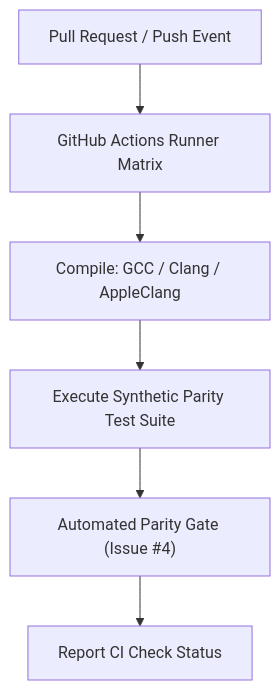
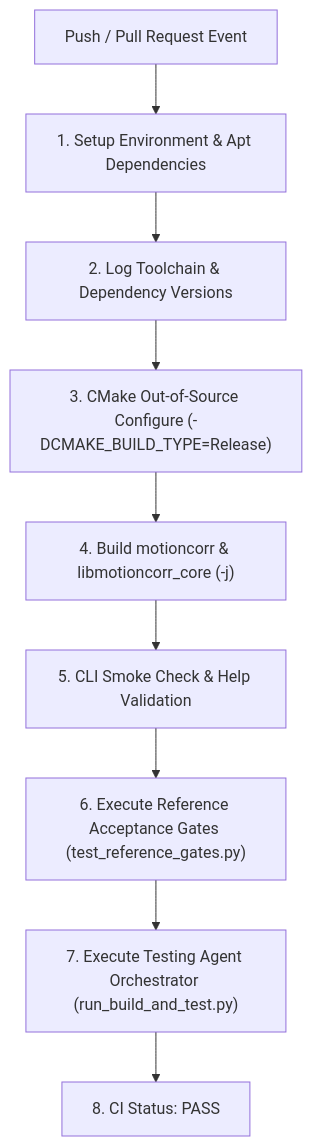
The diagram in agents/designs/issue_5_design.md (KingAlejandro/MotionCorr-standalone), drawn with Mermaid before and after one commit. The commit also changed other lines of this file and 2 other files, not shown here.

First line of the commit message:
feat(ci): add Linux CI workflow with matrix builds, toolchain logging, and smoke tests

````diff
--- a/agents/designs/issue_5_design.md
+++ b/agents/designs/issue_5_design.md
@@ -54,8 +64,11 @@
 ```mermaid
 flowchart TD
-    PR["Pull Request / Push Event"] --> CI["GitHub Actions Runner Matrix"]
-    CI --> Build["Compile: GCC / Clang / AppleClang"]
-    Build --> Test["Execute Synthetic Parity Test Suite"]
-    Test --> Gate["Automated Parity Gate (Issue #4)"]
-    Gate --> Status["Report CI Check Status"]
+    PR["Push / Pull Request Event"] --> Setup["1. Setup Environment & Apt Dependencies"]
+    Setup --> LogEnv["2. Log Toolchain & Dependency Versions"]
+    LogEnv --> CMakeConfig["3. CMake Out-of-Source Configure (-DCMAKE_BUILD_TYPE=Release)"]
+    CMakeConfig --> Build["4. Build motioncorr & libmotioncorr_core (-j)"]
+    Build --> Smoke["5. CLI Smoke Check & Help Validation"]
+    Smoke --> TestGates["6. Execute Reference Acceptance Gates (test_reference_gates.py)"]
+    TestGates --> TestAgent["7. Execute Testing Agent Orchestrator (run_build_and_test.py)"]
+    TestAgent --> Success["8. CI Status: PASS"]
 ```
````
